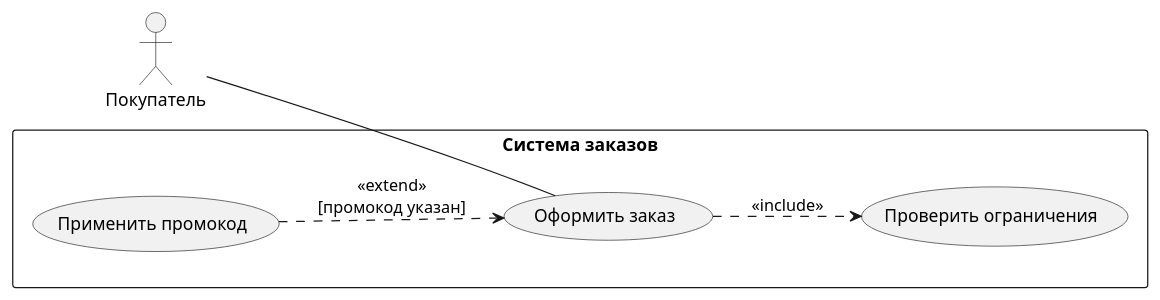
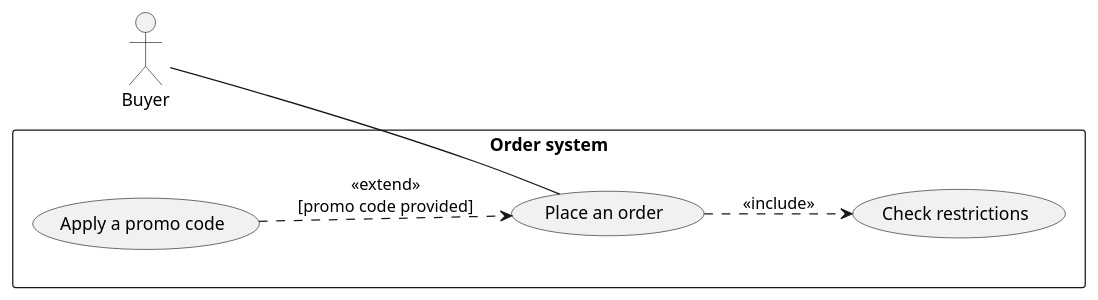
The first of 4 diagrams in skills/draw-diagrams/references/examples.md (BrikozO/MyOwnHarness), drawn with PlantUML before and after one commit. The commit also changed other lines of this file and 4 other files, not shown here.

First line of the commit message:
Translate diagram skill and references into English

````diff
--- a/skills/draw-diagrams/references/examples.md
+++ b/skills/draw-diagrams/references/examples.md
@@ -9,14 +9,14 @@
 ```plantuml
 @startuml
 left to right direction
-actor "Покупатель" as Buyer
-rectangle "Система заказов" {
-  usecase "Оформить заказ" as Checkout
-  usecase "Проверить ограничения" as CheckRules
-  usecase "Применить промокод" as ApplyPromo
+actor "Buyer" as Buyer
+rectangle "Order system" {
+  usecase "Place an order" as Checkout
+  usecase "Check restrictions" as CheckRules
+  usecase "Apply a promo code" as ApplyPromo
 }
 Buyer -- Checkout
 Checkout ..> CheckRules : <<include>>
-ApplyPromo ..> Checkout : <<extend>>\n[промокод указан]
+ApplyPromo ..> Checkout : <<extend>>\n[promo code provided]
 @enduml
 ```
````
